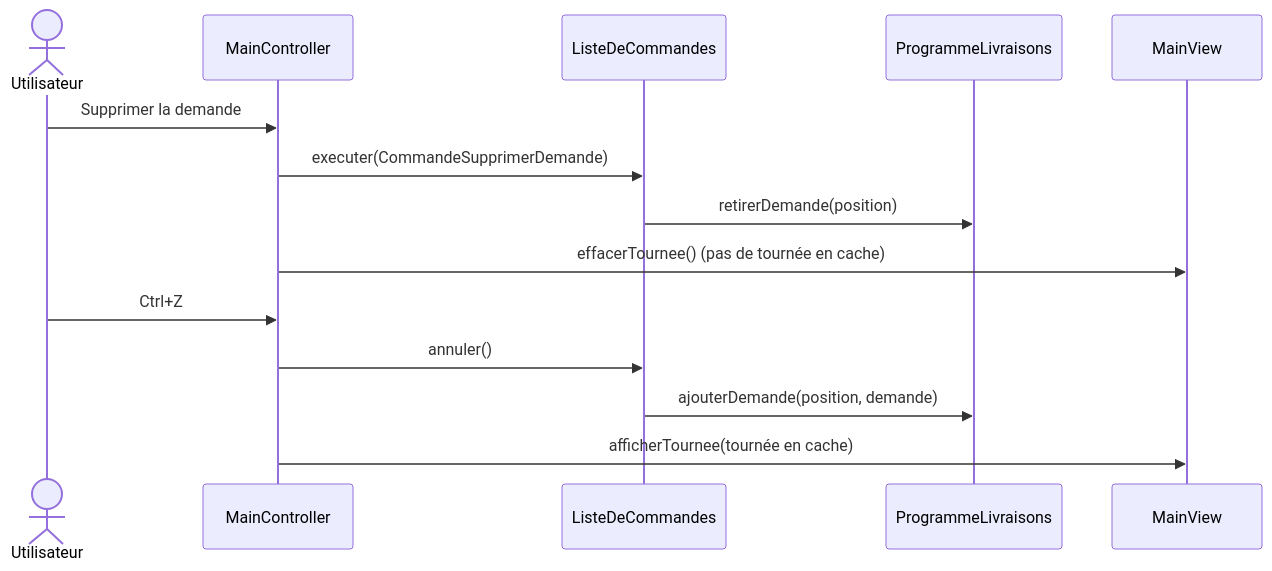
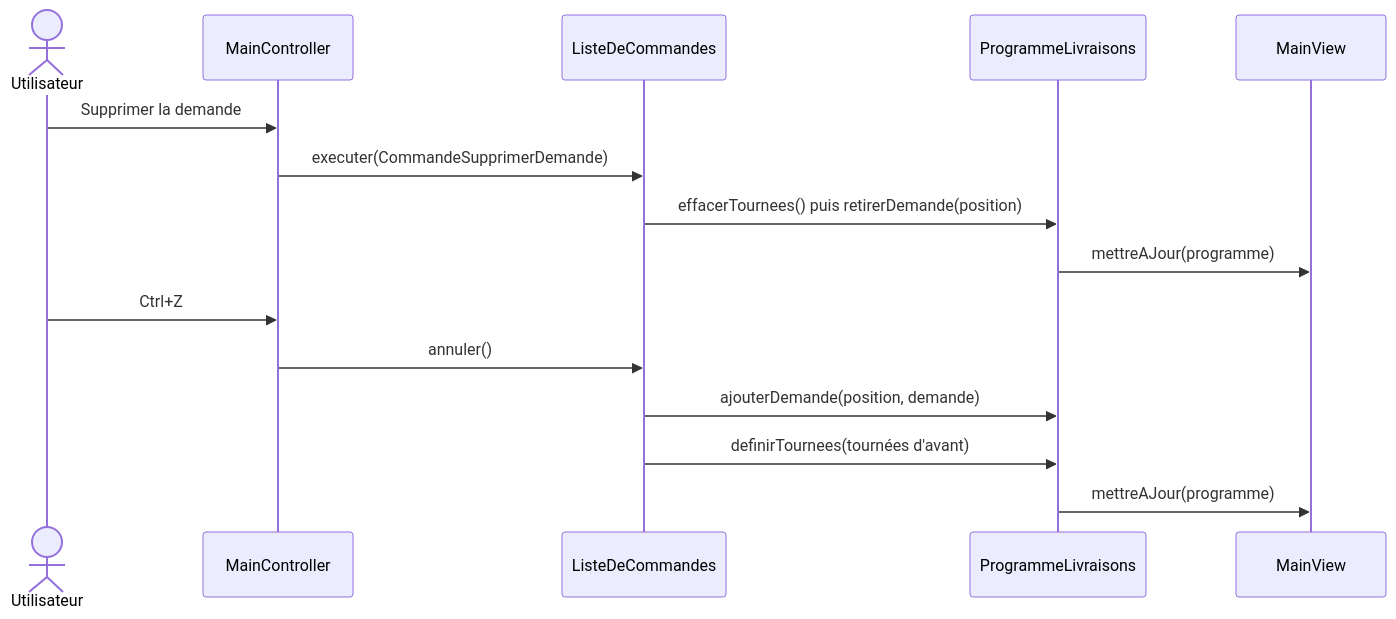
The third of 3 diagrams in docs/diagrams/README.md (tristanhp/Optimod-Lyon), drawn with Mermaid before and after one commit. The commit also changed other lines of this file and 9 other files, not shown here.

First line of the commit message:
docs: TIG-95 ADR 0006, diagrammes et README pour plusieurs livreurs

````diff
--- a/docs/diagrams/README.md
+++ b/docs/diagrams/README.md
@@ -75,16 +76,17 @@
 ```mermaid
 sequenceDiagram
     actor U as Utilisateur
     participant C as MainController
     participant H as ListeDeCommandes
     participant L as ProgrammeLivraisons
     participant V as MainView
     U->>C: Supprimer la demande
     C->>H: executer(CommandeSupprimerDemande)
-    H->>L: retirerDemande(position)
-    C->>V: effacerTournee() (pas de tournée en cache)
+    H->>L: effacerTournees() puis retirerDemande(position)
+    L->>V: mettreAJour(programme)
     U->>C: Ctrl+Z
     C->>H: annuler()
     H->>L: ajouterDemande(position, demande)
-    C->>V: afficherTournee(tournée en cache)
+    H->>L: definirTournees(tournées d'avant)
+    L->>V: mettreAJour(programme)
 ```
````
